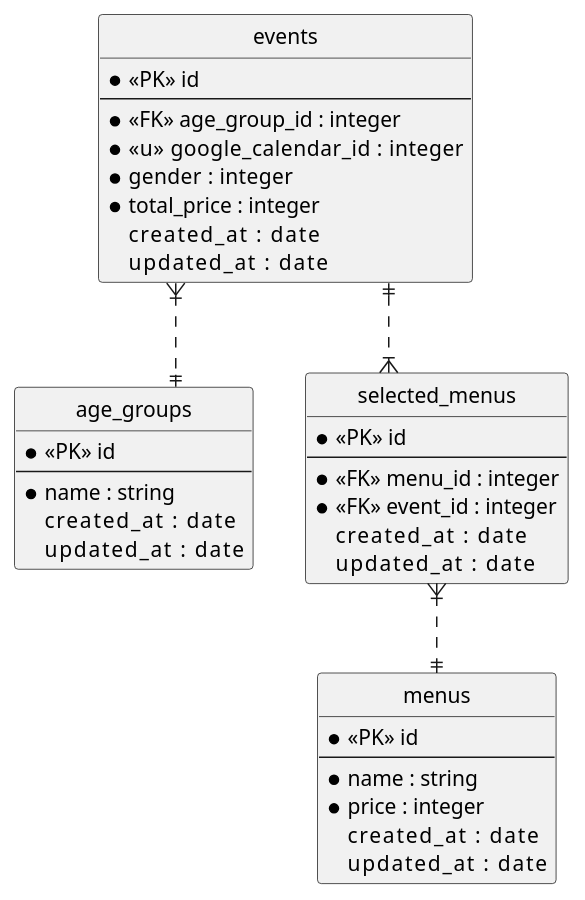
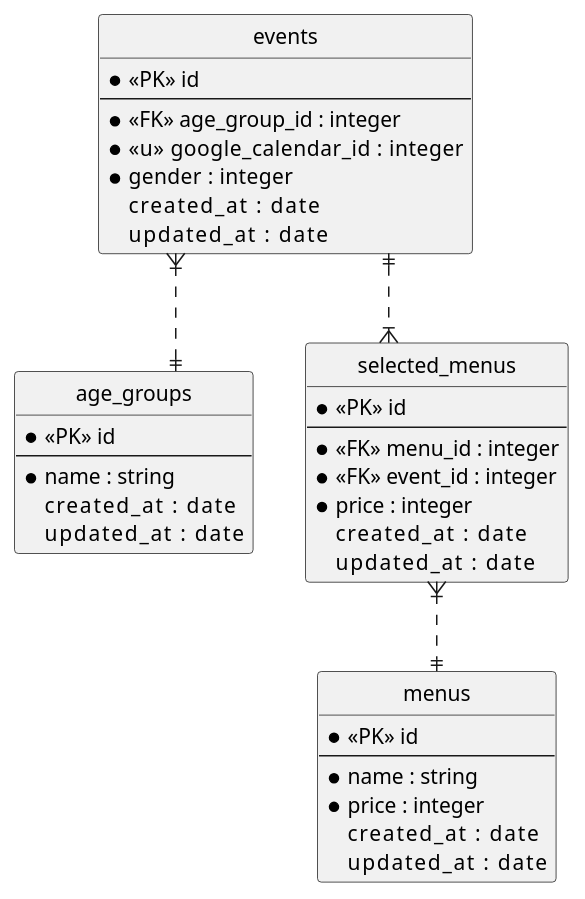
The diagram in documents/er.pu (takuya-38/Raika), drawn with PlantUML before and after one commit. The commit also changed 2 other files, not shown here.

```diff
--- a/documents/er.pu
+++ b/documents/er.pu
@@ -1,47 +1,47 @@
 @startuml test
 hide circle
 skinparam linetype ortho
 
 entity "events" as events {
     * <<PK>> id
     --
     * <<FK>> age_group_id : integer
     * <<u>> google_calendar_id    : integer
     * gender  : integer
-    * total_price : integer
     created_at      : date
     updated_at      : date
 }
 
 entity "age_groups" as age_groups {
     * <<PK>> id
     --
     * name : string
     created_at      : date
     updated_at      : date
 }
 
 entity "selected_menus" as selected_menus {
     * <<PK>> id
     --
     * <<FK>> menu_id : integer
     * <<FK>> event_id : integer
+    * price : integer
     created_at      : date
     updated_at      : date
 }
 
 
 entity "menus" as menus {
     * <<PK>> id
     --
     * name : string
     * price : integer
     created_at      : date
     updated_at      : date
 }
 
 events }|..|| age_groups
 events ||..|{ selected_menus
 selected_menus }|..|| menus
 
 @enduml
```
